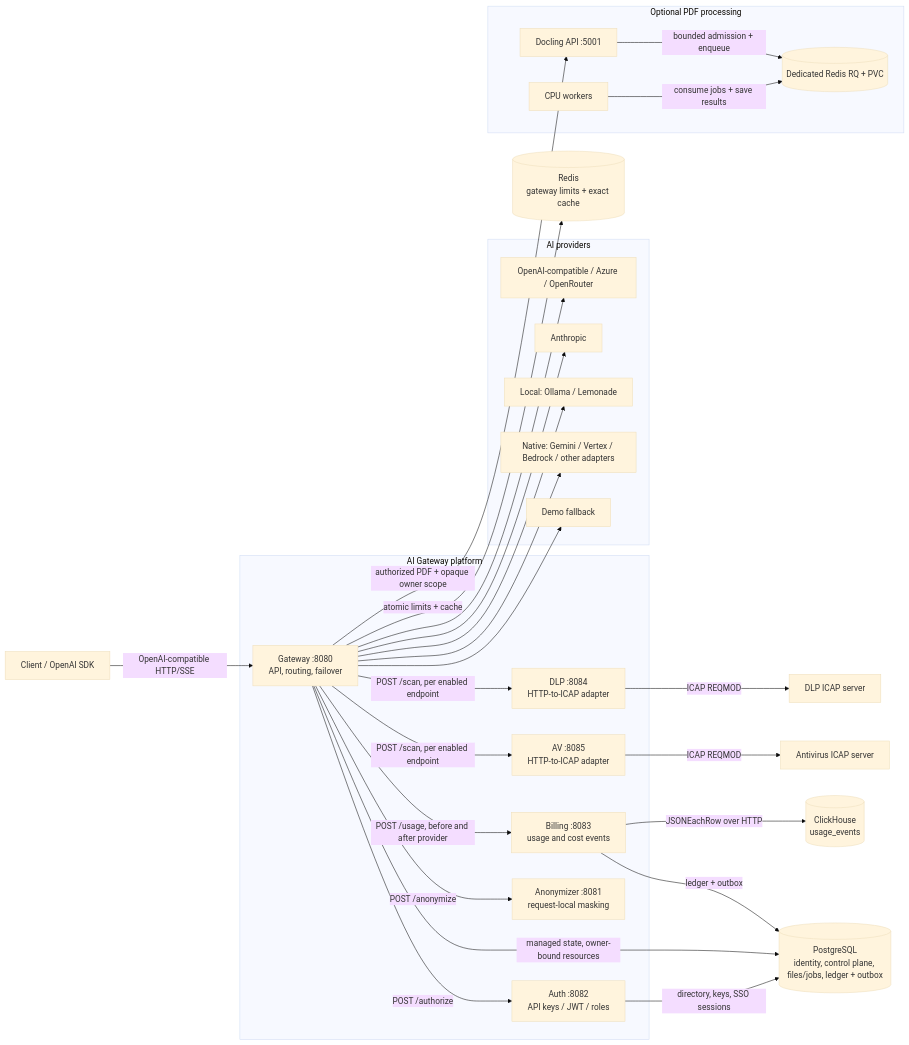
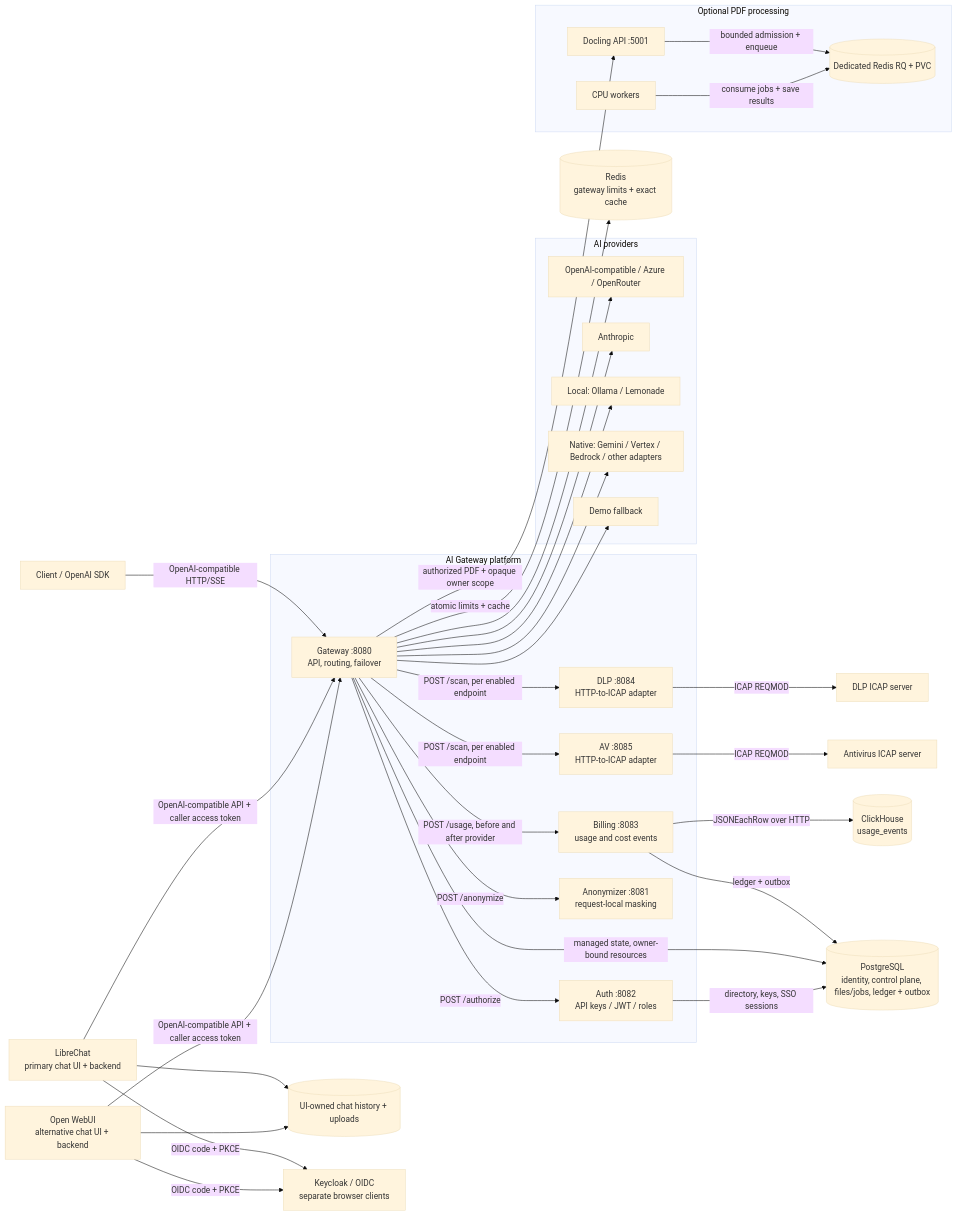
The first of 4 diagrams in docs/architecture.md (NEODjazz/ai-gateway), drawn with Mermaid (base theme) before and after one commit. The commit also changed other lines of this file and 16 other files, not shown here.

Commit message:
Prepare primary LibreChat profile and isolated identity acceptance tests

````diff
--- a/docs/architecture.md
+++ b/docs/architecture.md
@@ -11,54 +18,64 @@
 ```mermaid
 flowchart LR
     Client["Client / OpenAI SDK"]
+    LibreChat["LibreChat<br/>primary chat UI + backend"]
+    OpenWebUI["Open WebUI<br/>alternative chat UI + backend"]
+    ChatStorage[("UI-owned chat history + uploads")]
+    Identity["Keycloak / OIDC<br/>separate browser clients"]
 
     subgraph Platform["AI Gateway platform"]
         Gateway["Gateway :8080<br/>API, routing, failover"]
         Auth["Auth :8082<br/>API keys / JWT / roles"]
         DLP["DLP :8084<br/>HTTP-to-ICAP adapter"]
         AV["AV :8085<br/>HTTP-to-ICAP adapter"]
         Anonymizer["Anonymizer :8081<br/>request-local masking"]
         Billing["Billing :8083<br/>usage and cost events"]
     end
 
     subgraph Providers["AI providers"]
         OpenAI["OpenAI-compatible / Azure / OpenRouter"]
         Anthropic["Anthropic"]
         Ollama["Local: Ollama / Lemonade"]
         Native["Native: Gemini / Vertex / Bedrock / other adapters"]
         Demo["Demo fallback"]
     end
 
     DlpIcap["DLP ICAP server"]
     AvIcap["Antivirus ICAP server"]
     ClickHouse[("ClickHouse<br/>usage_events")]
     Redis[("Redis<br/>gateway limits + exact cache")]
     Postgres[("PostgreSQL<br/>identity, control plane, files/jobs, ledger + outbox")]
     subgraph Documents["Optional PDF processing"]
         DocAPI["Docling API :5001"]
         DocRedis[("Dedicated Redis RQ + PVC")]
         DocWorker["CPU workers"]
     end
 
     Client -->|"OpenAI-compatible HTTP/SSE"| Gateway
     Gateway -->|"POST /authorize"| Auth
     Gateway -->|"POST /scan, per enabled endpoint"| DLP
     Gateway -->|"POST /scan, per enabled endpoint"| AV
     Gateway -->|"POST /anonymize"| Anonymizer
     Gateway -->|"POST /usage, before and after provider"| Billing
+    LibreChat -->|"OpenAI-compatible API + caller access token"| Gateway
+    OpenWebUI -->|"OpenAI-compatible API + caller access token"| Gateway
+    LibreChat --> ChatStorage
+    OpenWebUI --> ChatStorage
+    LibreChat -->|"OIDC code + PKCE"| Identity
+    OpenWebUI -->|"OIDC code + PKCE"| Identity
     Gateway --> OpenAI
     Gateway --> Anthropic
     Gateway --> Ollama
     Gateway --> Native
     Gateway --> Demo
     DLP -->|"ICAP REQMOD"| DlpIcap
     AV -->|"ICAP REQMOD"| AvIcap
     Billing -->|"JSONEachRow over HTTP"| ClickHouse
     Gateway -->|"atomic limits + cache"| Redis
     Billing -->|"ledger + outbox"| Postgres
     Gateway -->|"managed state, owner-bound resources"| Postgres
     Auth -->|"directory, keys, SSO sessions"| Postgres
     Gateway -->|"authorized PDF + opaque owner scope"| DocAPI
     DocAPI -->|"bounded admission + enqueue"| DocRedis
     DocWorker -->|"consume jobs + save results"| DocRedis
 ```
````
